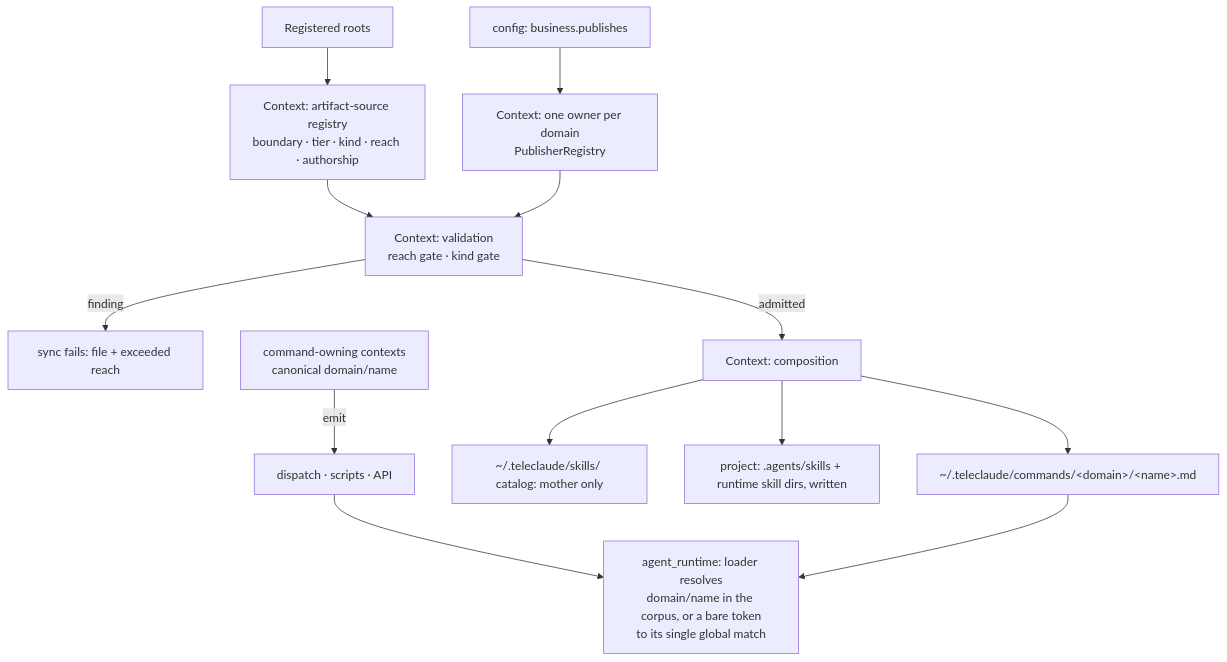
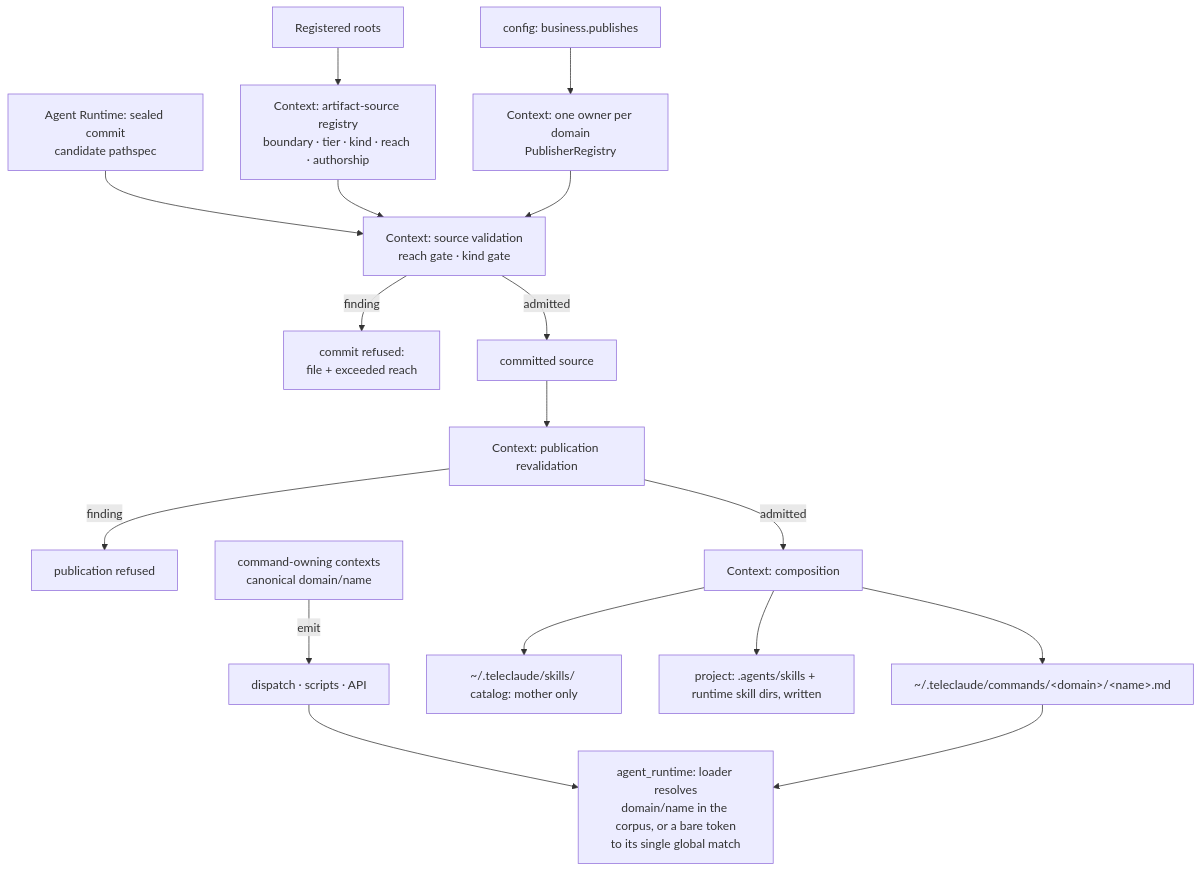
The first of 2 diagrams in docs/project/design/architecture/agent-artifact-distribution.md (InstruktAI/TeleClaude), drawn with Mermaid before and after one commit. The commit also changed other lines of this file, not shown here.

First line of the commit message:
docs(architecture): align artifact validation boundaries

````diff
--- a/docs/project/design/architecture/agent-artifact-distribution.md
+++ b/docs/project/design/architecture/agent-artifact-distribution.md
@@ -244,15 +252,19 @@
 ```mermaid
 flowchart TD
     R[Registered roots] --> REG[Context: artifact-source registry<br/>boundary · tier · kind · reach · authorship]
     CFG[config: business.publishes] --> OWN[Context: one owner per domain<br/>PublisherRegistry]
-    REG --> V[Context: validation<br/>reach gate · kind gate]
+    COMMIT[Agent Runtime: sealed commit<br/>candidate pathspec] --> V[Context: source validation<br/>reach gate · kind gate]
+    REG --> V
     OWN --> V
-    V -->|finding| FAIL[sync fails: file + exceeded reach]
-    V -->|admitted| C[Context: composition]
+    V -->|finding| FAIL[commit refused:<br/>file + exceeded reach]
+    V -->|admitted| RECORDED[committed source]
+    RECORDED --> PV[Context: publication revalidation]
+    PV -->|finding| PFAIL[publication refused]
+    PV -->|admitted| C[Context: composition]
     C --> CORPUS[~/.teleclaude/commands/&lt;domain&gt;/&lt;name&gt;.md]
     C --> CAT[~/.teleclaude/skills/ catalog: mother only]
     C --> LOCAL[project: .agents/skills + runtime skill dirs, written]
     CMD[command-owning contexts<br/>canonical domain/name] -->|emit| DISPATCH[dispatch · scripts · API]
     DISPATCH --> AR[agent_runtime: loader resolves<br/>domain/name in the corpus, or a bare token<br/>to its single global match]
     CORPUS --> AR
 ```
````
